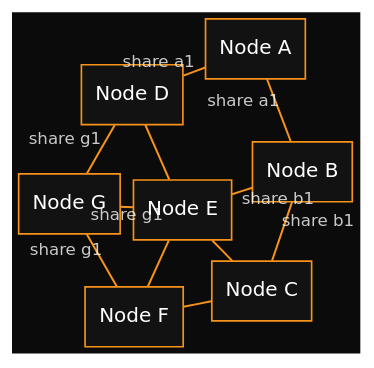
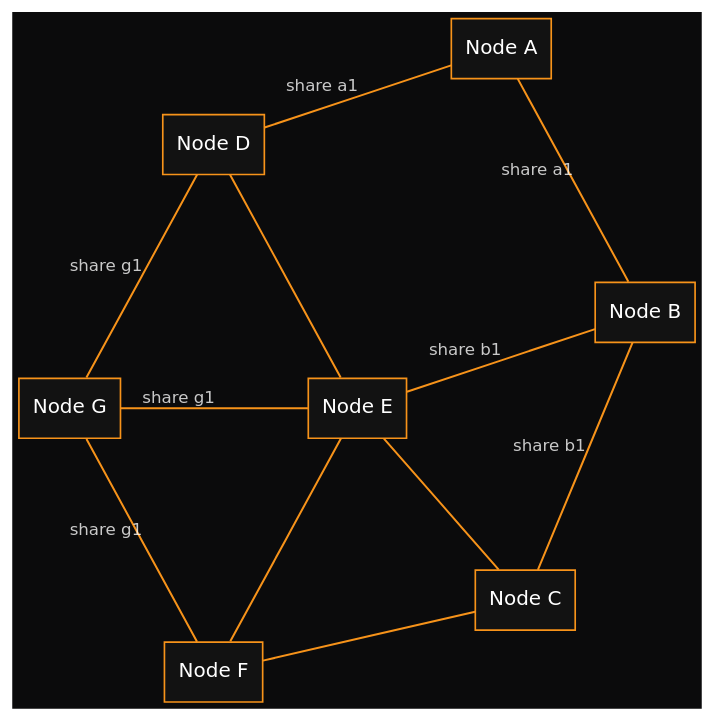
The diagram in p2p_network_of_miners.adoc (p2poolv2/docs), drawn with Graphviz before and after one commit.

Commit message:
Fix p2p network diagram for gh actions

```diff
--- a/p2p_network_of_miners.adoc
+++ b/p2p_network_of_miners.adoc
@@ -25,29 +25,32 @@
 [graphviz, p2p-mesh, svg]
 ....
 graph p2p {
+  // Pinned positions keep the layout the same across Graphviz versions.
   layout=neato
-  overlap=false
-  splines=true
-  sep="-10"
   bgcolor="#0B0B0C"
   node [shape=box, style=filled, fillcolor="#121212", color="#F7931A",
         fontcolor="#FFFFFF", fontname="DejaVu Sans", fontsize=12]
   edge [color="#F7931A", fontcolor="#FFFFFFC7", fontname="DejaVu Sans",
         fontsize=10, penwidth=1.2]
 
-  A [label="Node A"]; B [label="Node B"]; C [label="Node C"]; D [label="Node D"]
-  E [label="Node E"]; F [label="Node F"]; G [label="Node G"]
+  A [label="Node A", pos="3.6,5.2!"]
+  B [label="Node B", pos="4.8,3.0!"]
+  C [label="Node C", pos="3.8,0.6!"]
+  D [label="Node D", pos="1.2,4.4!"]
+  E [label="Node E", pos="2.4,2.2!"]
+  F [label="Node F", pos="1.2,0!"]
+  G [label="Node G", pos="0,2.2!"]
 
   A -- B [label="share a1"]
   A -- D [label="share a1"]
   B -- C [label="share b1"]
   B -- E [label="share b1"]
   C -- F
   D -- E
   D -- G [label="share g1"]
-  E -- F 
+  E -- F
   E -- G [label="share g1"]
   F -- G [label="share g1"]
   C -- E
 }
 ....
```
